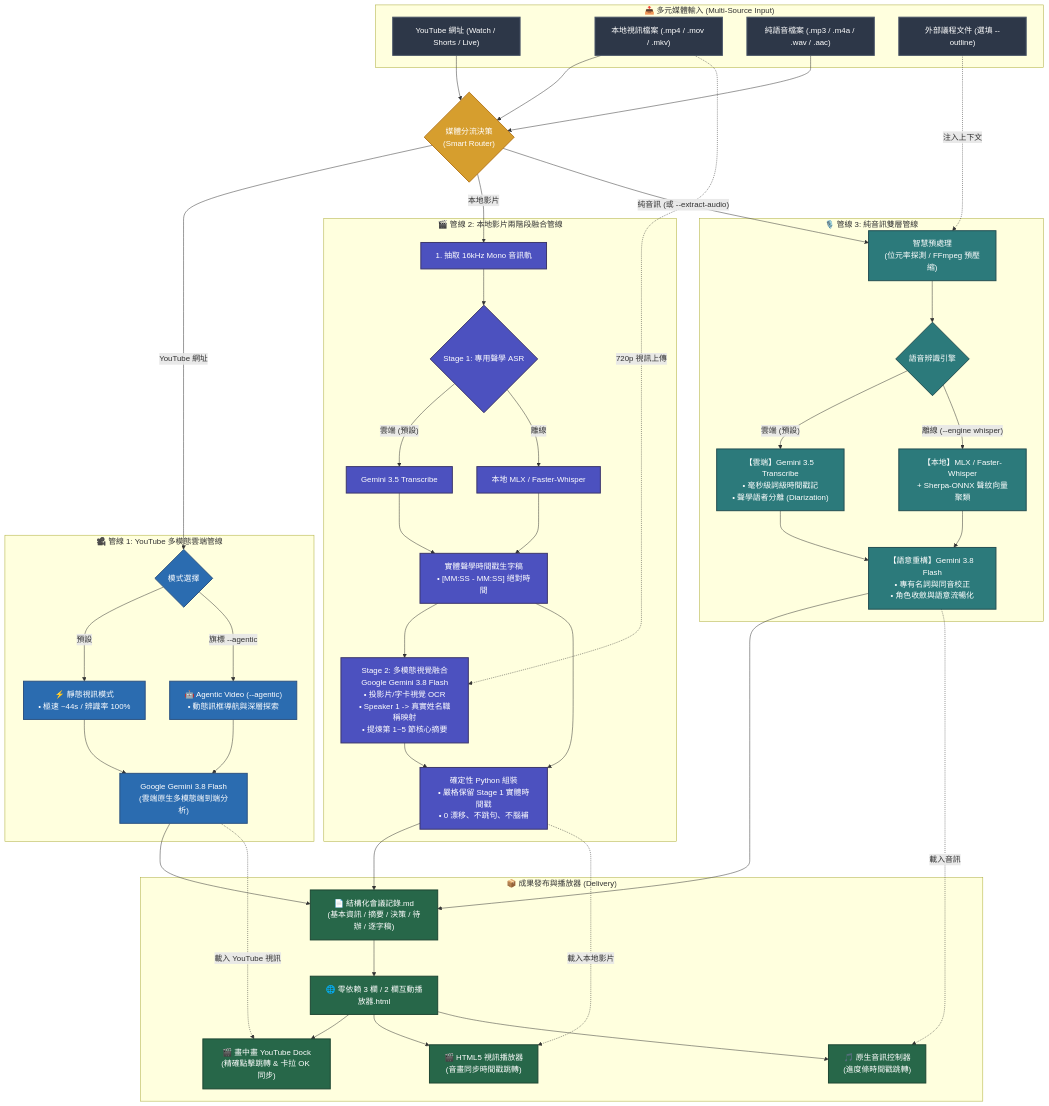
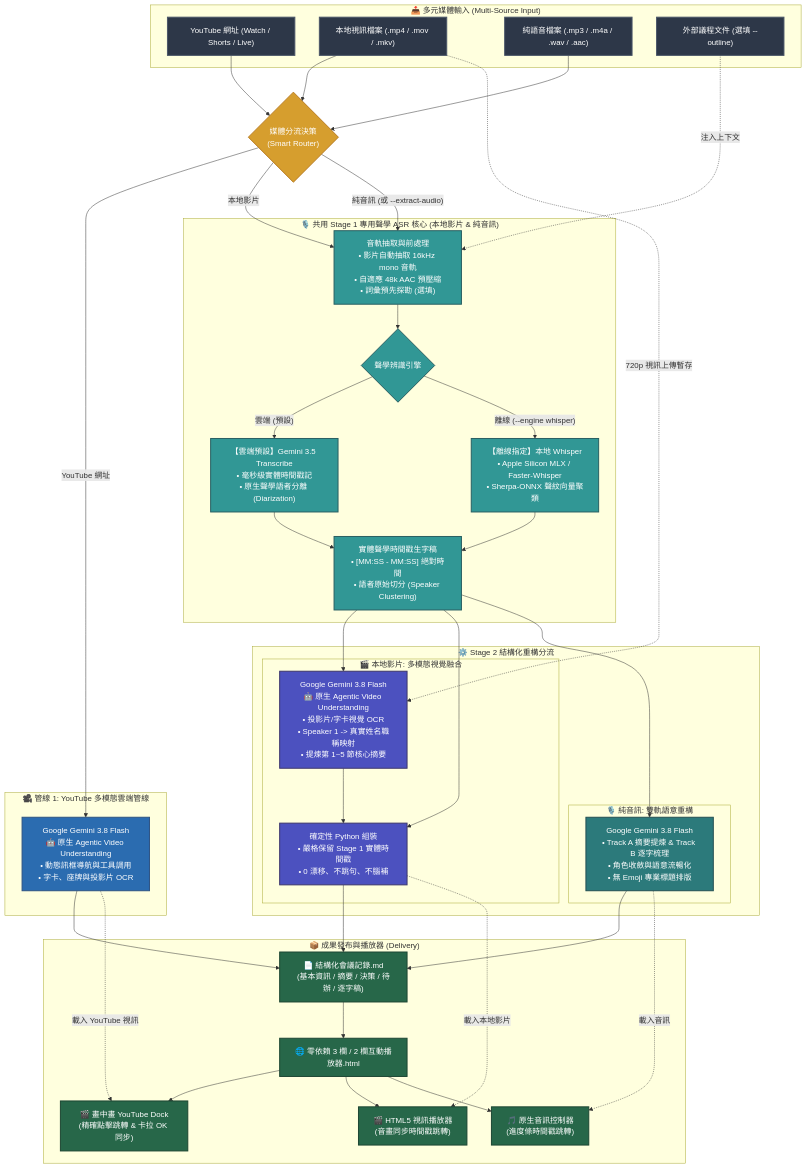
The diagram in README.zh-TW.md (sylphlin/meeting-transcribe-agent), drawn with Mermaid before and after one commit. The commit also changed other lines of this file and 9 other files, not shown here.

Commit message:
Unify local video and pure audio Stage 1 ASR core and enable native agentic video understanding by default

```diff
--- a/README.zh-TW.md
+++ b/README.zh-TW.md
@@ -134,6 +134,7 @@
     classDef videoStyle fill:#2B6CB0,stroke:#2C5282,stroke-width:2px,color:#fff;
     classDef fusionStyle fill:#4C51BF,stroke:#3C366B,stroke-width:2px,color:#fff;
     classDef audioStyle fill:#2C7A7B,stroke:#234E52,stroke-width:2px,color:#fff;
+    classDef asrStyle fill:#319795,stroke:#285E61,stroke-width:2px,color:#fff;
     classDef outputStyle fill:#276749,stroke:#1C4532,stroke-width:2px,color:#fff;
 
     subgraph Input["📥 多元媒體輸入 (Multi-Source Input)"]
@@ -150,51 +151,43 @@
     A --> Router
 
     subgraph YouTubeTrack["🎥 管線 1: YouTube 多模態雲端管線"]
-        YMode{"模式選擇"}:::videoStyle
-        Static["⚡ 靜態視訊模式<br>• 極速 ~44s / 辨識率 100%"]:::videoStyle
-        Agentic["🤖 Agentic Video (--agentic)<br>• 動態訊框導航與深層探索"]:::videoStyle
-        GeminiFlash["Google Gemini 3.8 Flash<br>(雲端原生多模態端到端分析)"]:::videoStyle
-
-        YMode -- "預設" --> Static --> GeminiFlash
-        YMode -- "旗標 --agentic" --> Agentic --> GeminiFlash
+        GeminiFlash["Google Gemini 3.8 Flash<br>🤖 原生 Agentic Video Understanding<br>• 動態訊框導航與工具調用<br>• 字卡、座牌與投影片 OCR"]:::videoStyle
     end
 
-    subgraph LocalVideoTrack["🎬 管線 2: 本地影片兩階段融合管線"]
-        ExtractAudio["1. 抽取 16kHz Mono 音訊軌"]:::fusionStyle
-        VideoASR{"Stage 1: 專用聲學 ASR"}:::fusionStyle
-        ASR_Gemini["Gemini 3.5 Transcribe"]:::fusionStyle
-        ASR_Whisper["本地 MLX / Faster-Whisper"]:::fusionStyle
-        RawTranscript["實體聲學時間戳生字稿<br>• [MM:SS - MM:SS] 絕對時間"]:::fusionStyle
-        
-        ExtractAudio --> VideoASR
-        VideoASR -- "雲端 (預設)" --> ASR_Gemini --> RawTranscript
-        VideoASR -- "離線" --> ASR_Whisper --> RawTranscript
+    subgraph SharedASR["🎙️ 共用 Stage 1 專用聲學 ASR 核心 (本地影片 & 純音訊)"]
+        ExtractTrack["音軌抽取與前處理<br>• 影片自動抽取 16kHz mono 音軌<br>• 自適應 48k AAC 預壓縮<br>• 詞彙預先探勘 (選填)"]:::asrStyle
+        ASREngine{"聲學辨識引擎"}:::asrStyle
+        ASR_Gemini["【雲端預設】Gemini 3.5 Transcribe<br>• 毫秒級實體時間戳記<br>• 原生聲學語者分離 (Diarization)"]:::asrStyle
+        ASR_Whisper["【離線指定】本地 Whisper<br>• Apple Silicon MLX / Faster-Whisper<br>• Sherpa-ONNX 聲紋向量聚類"]:::asrStyle
+        RawTranscript["實體聲學時間戳生字稿<br>• [MM:SS - MM:SS] 絕對時間<br>• 語者原始切分 (Speaker Clustering)"]:::asrStyle
 
-        Stage2["Stage 2: 多模態視覺融合<br>Google Gemini 3.8 Flash<br>• 投影片/字卡視覺 OCR<br>• Speaker 1 -> 真實姓名職稱映射<br>• 提煉第 1~5 節核心摘要"]:::fusionStyle
-        RawTranscript --> Stage2
-        V -. "720p 視訊上傳" .-> Stage2
-
-        Deterministic["確定性 Python 組裝<br>• 嚴格保留 Stage 1 實體時間戳<br>• 0 漂移、不跳句、不腦補"]:::fusionStyle
-        Stage2 --> Deterministic
-        RawTranscript --> Deterministic
+        ExtractTrack --> ASREngine
+        ASREngine -- "雲端 (預設)" --> ASR_Gemini --> RawTranscript
+        ASREngine -- "離線 (--engine whisper)" --> ASR_Whisper --> RawTranscript
+        O -. 注入上下文 .-> ExtractTrack
     end
 
-    subgraph AudioTrack["🎙️ 管線 3: 純音訊雙層管線"]
-        Ingest["智慧預處理<br>(位元率探測 / FFmpeg 預壓縮)"]:::audioStyle
-        ASREngine{"語音辨識引擎"}:::audioStyle
-        GTranscribe["【雲端】Gemini 3.5 Transcribe<br>• 毫秒級詞級時間戳記<br>• 聲學語者分離 (Diarization)"]:::audioStyle
-        OfflineWhisper["【本地】MLX / Faster-Whisper<br>+ Sherpa-ONNX 聲紋向量聚類"]:::audioStyle
-        Restructure["【語意重構】Gemini 3.8 Flash<br>• 專有名詞與同音校正<br>• 角色收斂與語意流暢化"]:::audioStyle
+    subgraph Stage2Divergence["⚙️ Stage 2 結構化重構分流"]
+        subgraph LocalVideoStage2["🎬 本地影片: 多模態視覺融合"]
+            Stage2Video["Google Gemini 3.8 Flash<br>🤖 原生 Agentic Video Understanding<br>• 投影片/字卡視覺 OCR<br>• Speaker 1 -> 真實姓名職稱映射<br>• 提煉第 1~5 節核心摘要"]:::fusionStyle
+            Deterministic["確定性 Python 組裝<br>• 嚴格保留 Stage 1 實體時間戳<br>• 0 漂移、不跳句、不腦補"]:::fusionStyle
+            Stage2Video --> Deterministic
+        end
 
-        Ingest --> ASREngine
-        ASREngine -- "雲端 (預設)" --> GTranscribe --> Restructure
-        ASREngine -- "離線 (--engine whisper)" --> OfflineWhisper --> Restructure
-        O -. 注入上下文 .-> Ingest
+        subgraph AudioStage2["🎙️ 純音訊: 雙軌語意重構"]
+            Restructure["Google Gemini 3.8 Flash<br>• Track A 摘要提煉 & Track B 逐字梳理<br>• 角色收斂與語意流暢化<br>• 無 Emoji 專業標題排版"]:::audioStyle
+        end
     end
 
-    Router -- "YouTube 網址" --> YMode
-    Router -- "本地影片" --> ExtractAudio
-    Router -- "純音訊 (或 --extract-audio)" --> Ingest
+    Router -- "YouTube 網址" --> GeminiFlash
+    Router -- "本地影片" --> ExtractTrack
+    Router -- "純音訊 (或 --extract-audio)" --> ExtractTrack
+
+    RawTranscript --> Stage2Video
+    V -. "720p 視訊上傳暫存" .-> Stage2Video
+    RawTranscript --> Deterministic
+
+    RawTranscript --> Restructure
 
     subgraph Delivery["📦 成果發布與播放器 (Delivery)"]
         MD["📄 結構化會議記錄.md<br>(基本資訊 / 摘要 / 決策 / 待辦 / 逐字稿)"]:::outputStyle
```
